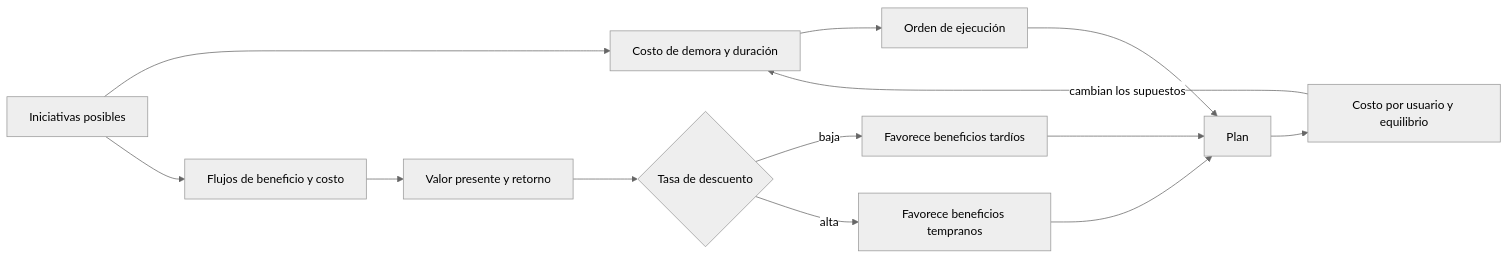
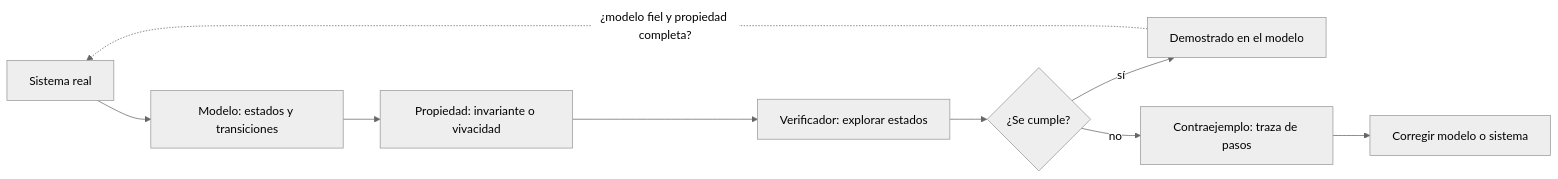
One commit to vladimiracunadev-create/modern-software-engineering-program changed the diagram in content/part-37/SE-453.md. Above: the diagram before and after it, drawn with Mermaid (neutral theme). The commit also changed other lines of this file and 5193 other files, not shown here.

````diff
--- a/content/part-37/SE-453.md
+++ b/content/part-37/SE-453.md
@@ -57,15 +59,11 @@
 ```mermaid
 flowchart LR
-    A[Iniciativas posibles] --> B[Costo de demora y duración]
-    B --> C[Orden de ejecución]
-    A --> D[Flujos de beneficio y costo]
-    D --> E[Valor presente y retorno]
-    E --> F{Tasa de descuento}
-    F -->|baja| G[Favorece beneficios tardíos]
-    F -->|alta| H[Favorece beneficios tempranos]
-    C --> I[Plan]
-    G --> I
-    H --> I
-    I --> J[Costo por usuario y equilibrio]
-    J -->|cambian los supuestos| B
+    A[Sistema real] --> B[Modelo: estados y transiciones]
+    B --> C[Propiedad: invariante o vivacidad]
+    C --> D[Verificador: explorar estados]
+    D --> E{¿Se cumple?}
+    E -->|sí| F[Demostrado en el modelo]
+    E -->|no| G[Contraejemplo: traza de pasos]
+    G --> H[Corregir modelo o sistema]
+    F -.->|¿modelo fiel y propiedad completa?| A
 ```
````
